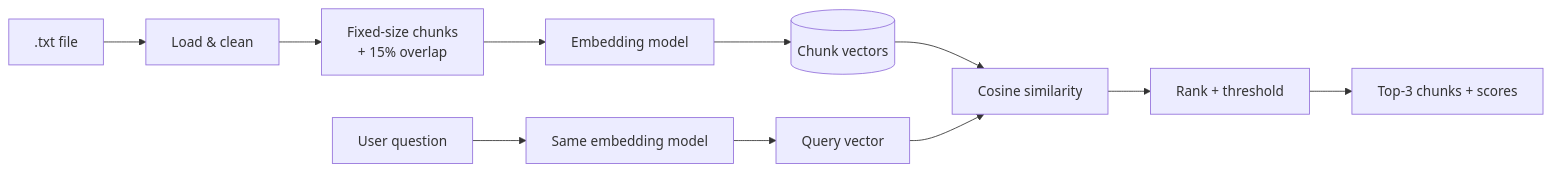
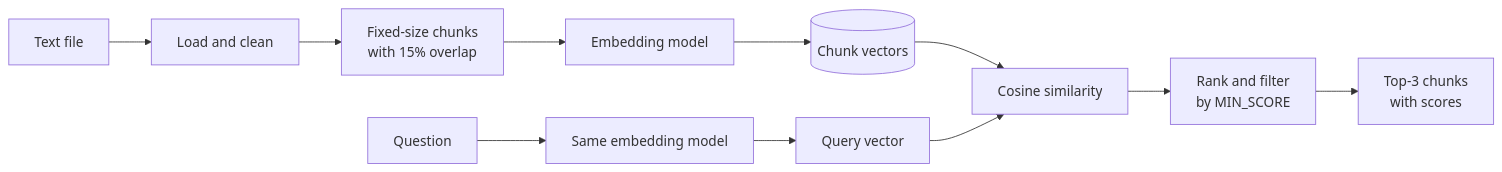
One commit to nxull9/semantic-search-rag-pipeline changed the diagram in README.md. Above: the diagram before and after it, drawn with Mermaid. The commit also changed other lines of this file and 1 other file, not shown here.

````diff
--- a/README.md
+++ b/README.md
@@ -43,13 +30,13 @@
 ```mermaid
 flowchart LR
-    A[".txt file"] --> B["Load & clean"]
-    B --> C["Fixed-size chunks<br/>+ 15% overlap"]
-    C --> D["Embedding model"]
-    D --> E[("Chunk vectors")]
-    Q["User question"] --> D2["Same embedding model"]
-    D2 --> F["Query vector"]
-    E --> G["Cosine similarity"]
+    A[Text file] --> B[Load and clean]
+    B --> C[Fixed-size chunks<br/>with 15% overlap]
+    C --> D[Embedding model]
+    D --> E[(Chunk vectors)]
+    Q[Question] --> D2[Same embedding model]
+    D2 --> F[Query vector]
+    E --> G[Cosine similarity]
     F --> G
-    G --> H["Rank + threshold"]
-    H --> I["Top-3 chunks + scores"]
+    G --> H[Rank and filter<br/>by MIN_SCORE]
+    H --> I[Top-3 chunks<br/>with scores]
 ```
````
